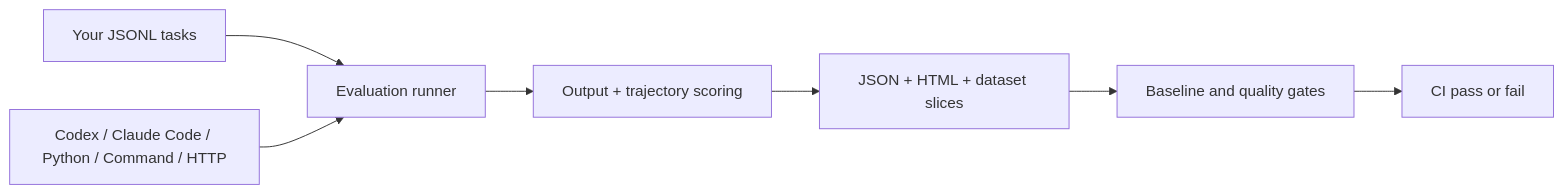
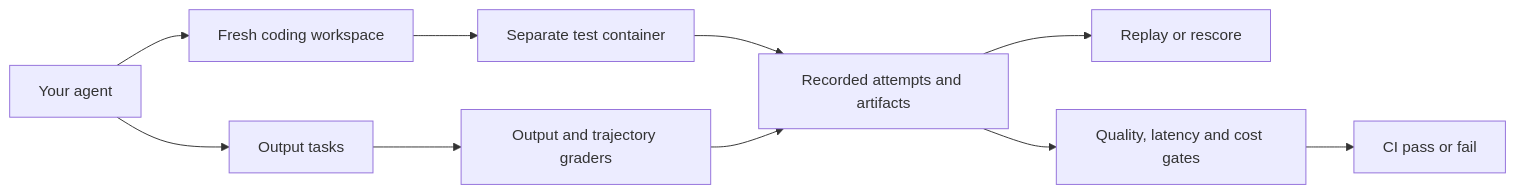
The diagram in README.md (kshubham090/Agent-Eval-Harness), drawn with Mermaid before and after one commit. The commit also changed other lines of this file and 66 other files, not shown here.

Commit message:
Add isolated coding evaluations, replay, versioned packs and CI action

````diff
--- a/README.md
+++ b/README.md
@@ -109,9 +169,12 @@
 ```mermaid
 flowchart LR
-    D[Your JSONL tasks] --> E[Evaluation runner]
-    A[Codex / Claude Code / Python / Command / HTTP] --> E
-    E --> S[Output + trajectory scoring]
-    S --> R[JSON + HTML + dataset slices]
-    R --> G[Baseline and quality gates]
+    A[Your agent] --> O[Output tasks]
+    A --> C[Fresh coding workspace]
+    C --> T[Separate test container]
+    O --> S[Output and trajectory graders]
+    T --> R[Recorded attempts and artifacts]
+    S --> R
+    R --> P[Replay or rescore]
+    R --> G[Quality, latency and cost gates]
     G --> CI[CI pass or fail]
 ```
````
